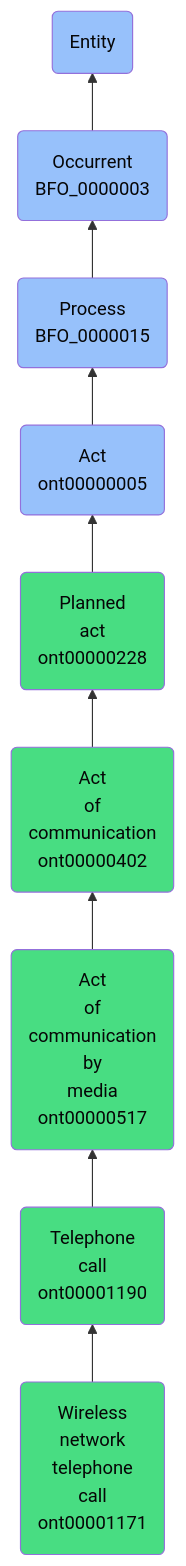
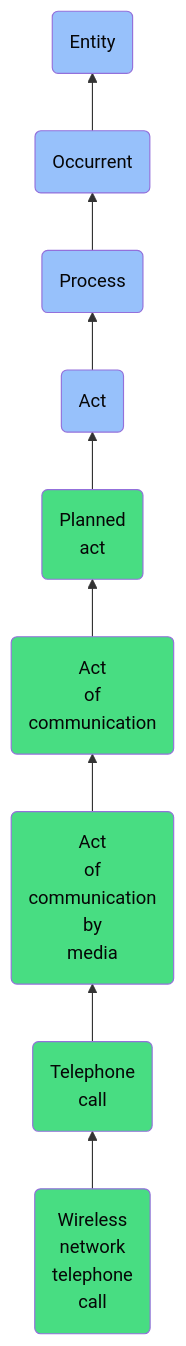
Before and after one commit to jupyter-naas/abi: the diagram in docs/ontology/reference/model/Entity/Occurrent/Process/Act/Planned act/Act of communication/Act of communication by media/Telephone call/Wireless network telephone call/Wireless network telephone call.md, drawn with Mermaid. The commit also changed other lines of this file and 1430 other files, not shown here.

````diff
--- a/docs/ontology/reference/model/Entity/Occurrent/Process/Act/Planned act/Act of communication/Act of communication by media/Telephone call/Wireless network telephone call/Wireless network telephone call.md
+++ b/docs/ontology/reference/model/Entity/Occurrent/Process/Act/Planned act/Act of communication/Act of communication by media/Telephone call/Wireless network telephone call/Wireless network telephone call.md
@@ -24,16 +24,16 @@
 ```mermaid
 graph BT
-    ont00001171(Wireless<br>network<br>telephone<br>call<br>ont00001171):::ABI-->ont00001190
-    ont00001190(Telephone<br>call<br>ont00001190):::ABI-->ont00000517
-    ont00000517(Act<br>of<br>communication<br>by<br>media<br>ont00000517):::ABI-->ont00000402
-    ont00000402(Act<br>of<br>communication<br>ont00000402):::ABI-->ont00000228
-    ont00000228(Planned<br>act<br>ont00000228):::ABI-->ont00000005
-    ont00000005(Act<br>ont00000005):::BFO-->BFO_0000015
-    BFO_0000015(Process<br>BFO_0000015):::BFO-->BFO_0000003
-    BFO_0000003(Occurrent<br>BFO_0000003):::BFO-->BFO_0000001
+    ont00001171(Wireless<br>network<br>telephone<br>call):::ABI-->ont00001190
+    ont00001190(Telephone<br>call):::ABI-->ont00000517
+    ont00000517(Act<br>of<br>communication<br>by<br>media):::ABI-->ont00000402
+    ont00000402(Act<br>of<br>communication):::ABI-->ont00000228
+    ont00000228(Planned<br>act):::ABI-->ont00000005
+    ont00000005(Act):::BFO-->BFO_0000015
+    BFO_0000015(Process):::BFO-->BFO_0000003
+    BFO_0000003(Occurrent):::BFO-->BFO_0000001
     BFO_0000001(Entity):::BFO
     
     classDef BFO fill:#97c1fb,color:#060606
     classDef CCO fill:#e4c51e,color:#060606
     classDef ABI fill:#48DD82,color:#060606
 ```
````
